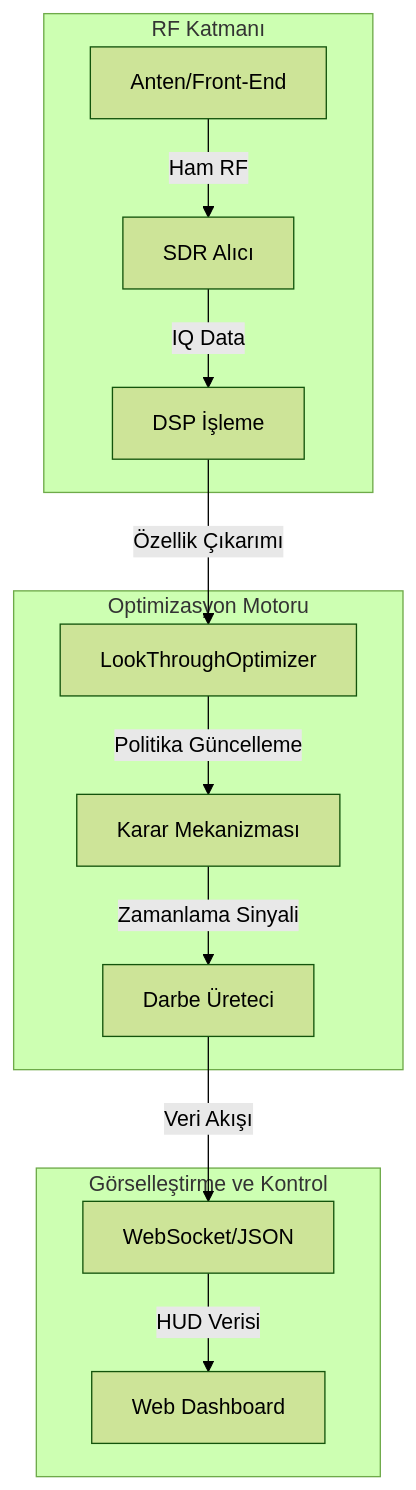
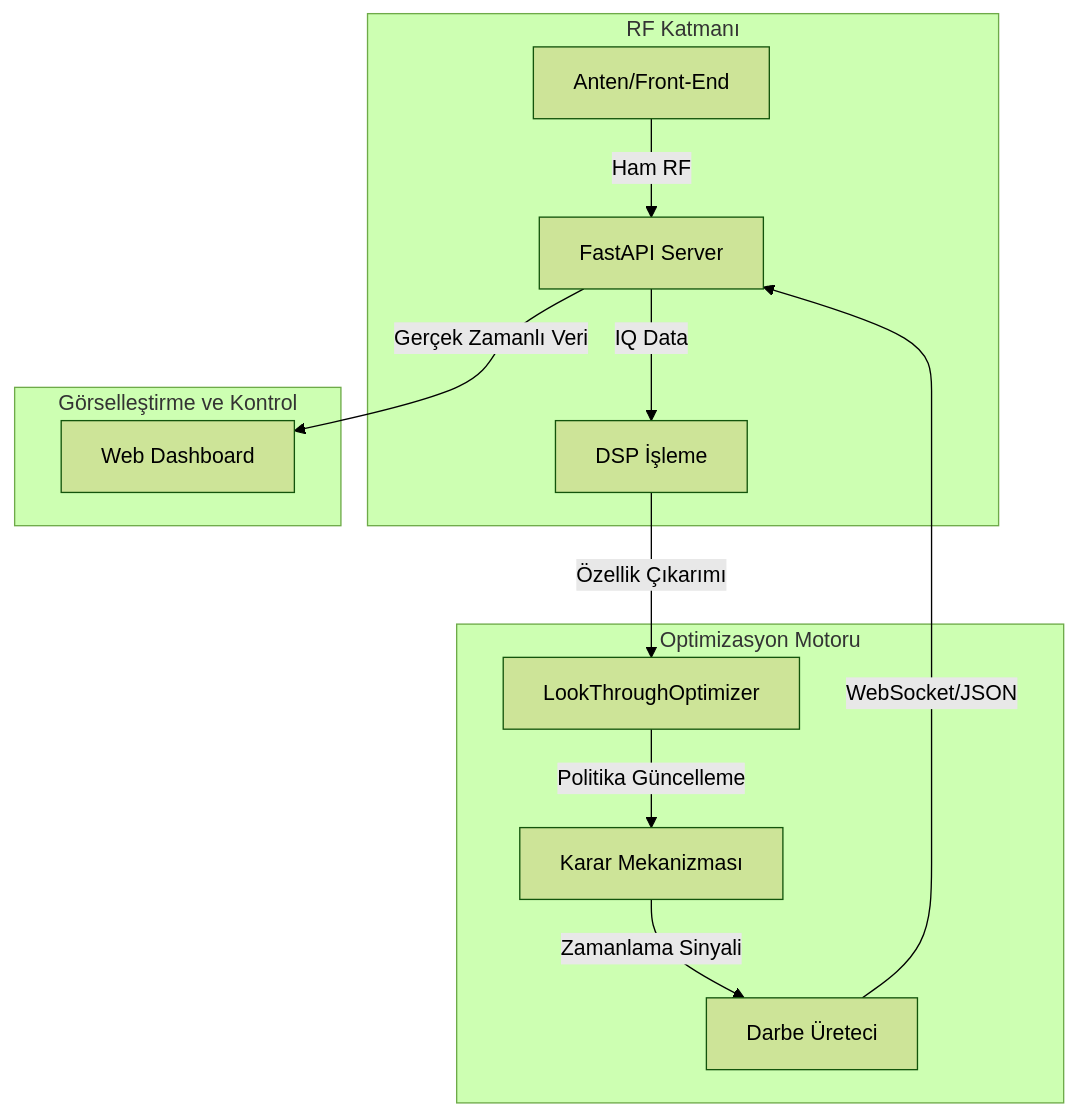
The diagram in README.md (bahattinyunus/smart-look-through-optimizer), drawn with Mermaid (forest theme) before and after one commit. The commit also changed other lines of this file and 7 other files, not shown here.

Commit message:
feat: comprehensive update v4.0 - Q-Learning AI Core & WebSocket Telemetry Server

````diff
--- a/README.md
+++ b/README.md
@@ -42,16 +46,16 @@
 ```mermaid
 graph TD
     subgraph RF Katmanı
         R[Anten/Front-End] -->|Ham RF| S[SDR Alıcı]
         S -->|IQ Data| D[DSP İşleme]
     end
     subgraph Optimizasyon Motoru
         D -->|Özellik Çıkarımı| O[LookThroughOptimizer]
         O -->|Politika Güncelleme| K[Karar Mekanizması]
         K -->|Zamanlama Sinyali| G[Darbe Üreteci]
     end
     subgraph Görselleştirme ve Kontrol
-        G -->|Veri Akışı| H[WebSocket/JSON]
-        H -->|HUD Verisi| GUI[Web Dashboard]
+        G -->|WebSocket/JSON| S[FastAPI Server]
+        S -->|Gerçek Zamanlı Veri| GUI[Web Dashboard]
     end
 ```
````
